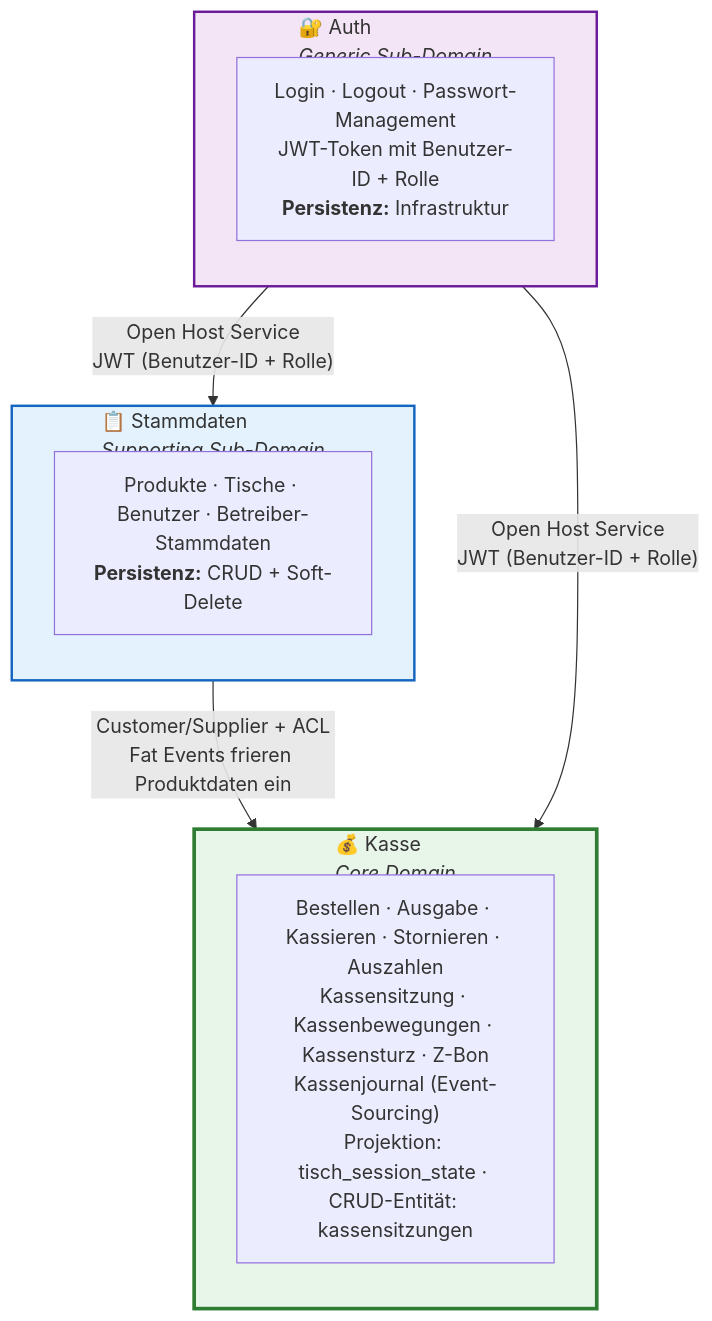
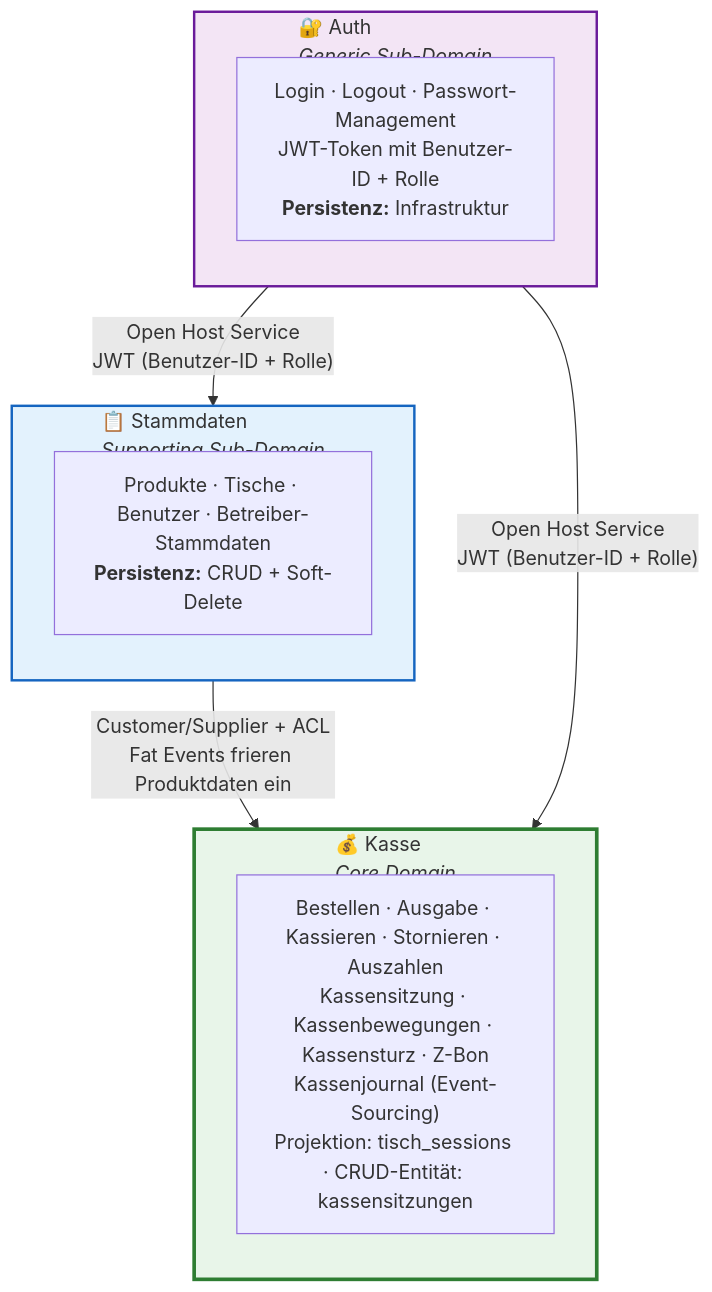
The second of 19 diagrams in docs/diagrams.md (nicograef/jotti), drawn with Mermaid before and after one commit. The commit also changed other lines of this file and 22 other files, not shown here.

Commit message:
rename!: tisch_session_state to tisch_sessions

````diff
--- a/docs/diagrams.md
+++ b/docs/diagrams.md
@@ -67,25 +67,25 @@
 ```mermaid
 graph TB
     subgraph auth ["🔐 Auth<br/><i>Generic Sub-Domain</i>"]
         direction TB
         auth_desc["Login · Logout · Passwort-Management<br/>JWT-Token mit Benutzer-ID + Rolle<br/><b>Persistenz:</b> Infrastruktur"]
     end
 
     subgraph stammdaten ["📋 Stammdaten<br/><i>Supporting Sub-Domain</i>"]
         direction TB
         stamm_desc["Produkte · Tische · Benutzer · Betreiber-Stammdaten<br/><b>Persistenz:</b> CRUD + Soft-Delete"]
     end
 
     subgraph kasse ["💰 Kasse<br/><i>Core Domain</i>"]
         direction TB
-        kasse_desc["Bestellen · Ausgabe · Kassieren · Stornieren · Auszahlen<br/>Kassensitzung · Kassenbewegungen · Kassensturz · Z-Bon<br/>Kassenjournal (Event-Sourcing)<br/>Projektion: tisch_session_state · CRUD-Entität: kassensitzungen"]
+        kasse_desc["Bestellen · Ausgabe · Kassieren · Stornieren · Auszahlen<br/>Kassensitzung · Kassenbewegungen · Kassensturz · Z-Bon<br/>Kassenjournal (Event-Sourcing)<br/>Projektion: tisch_sessions · CRUD-Entität: kassensitzungen"]
     end
 
     stammdaten -->|"Customer/Supplier + ACL<br/>Fat Events frieren Produktdaten ein"| kasse
     auth -->|"Open Host Service<br/>JWT (Benutzer-ID + Rolle)"| kasse
     auth -->|"Open Host Service<br/>JWT (Benutzer-ID + Rolle)"| stammdaten
 
     style kasse fill:#e8f5e9,stroke:#2e7d32,stroke-width:3px
     style stammdaten fill:#e3f2fd,stroke:#1565c0,stroke-width:2px
     style auth fill:#f3e5f5,stroke:#6a1b9a,stroke-width:2px
 ```
````
